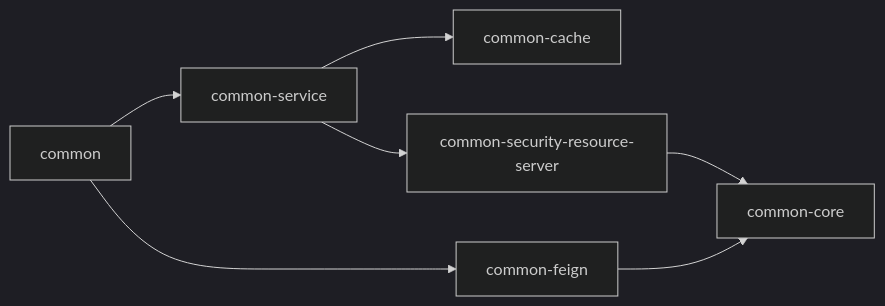
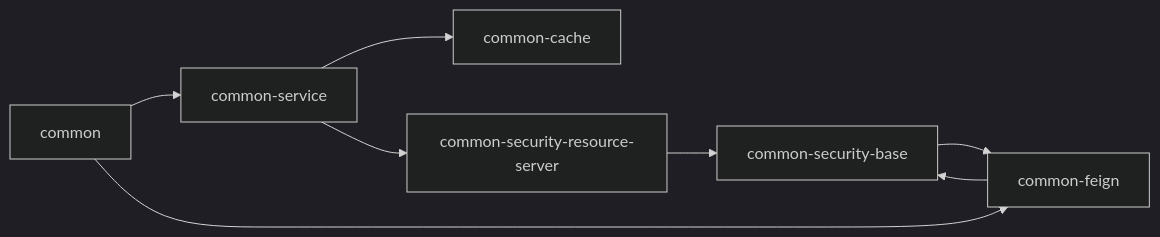
Before and after one commit to wowo404/justing-cloud: the diagram in cloud-common/README.md, drawn with Mermaid (dark theme). The commit also changed other lines of this file and 25 other files, not shown here.

````diff
--- a/cloud-common/README.md
+++ b/cloud-common/README.md
@@ -15,6 +16,6 @@
 ```mermaid
 graph LR
     A[common] --> B[common-service] --> C[common-cache]
-                                  B --> D[common-security-resource-server] --> E[common-core]
+                                  B --> D[common-security-resource-server] --> E[common-security-base] --> F[common-core]
             A --> F[common-feign] --> E
 ```
````
